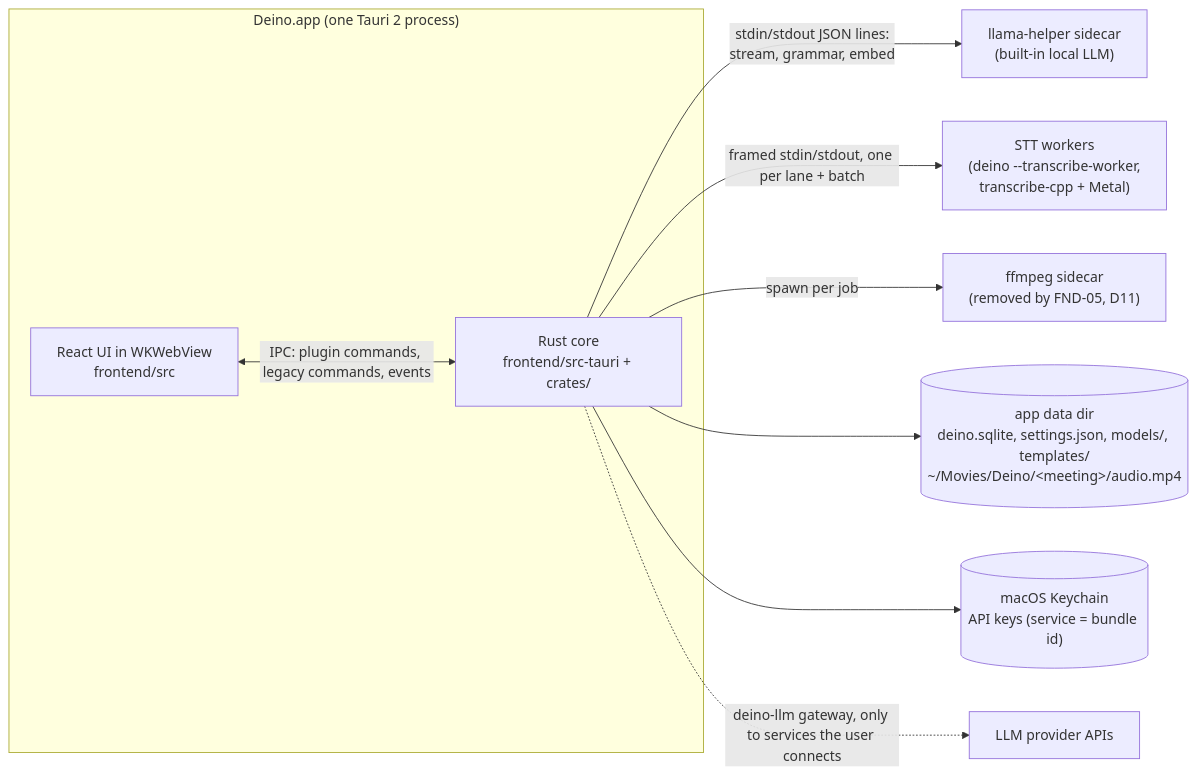
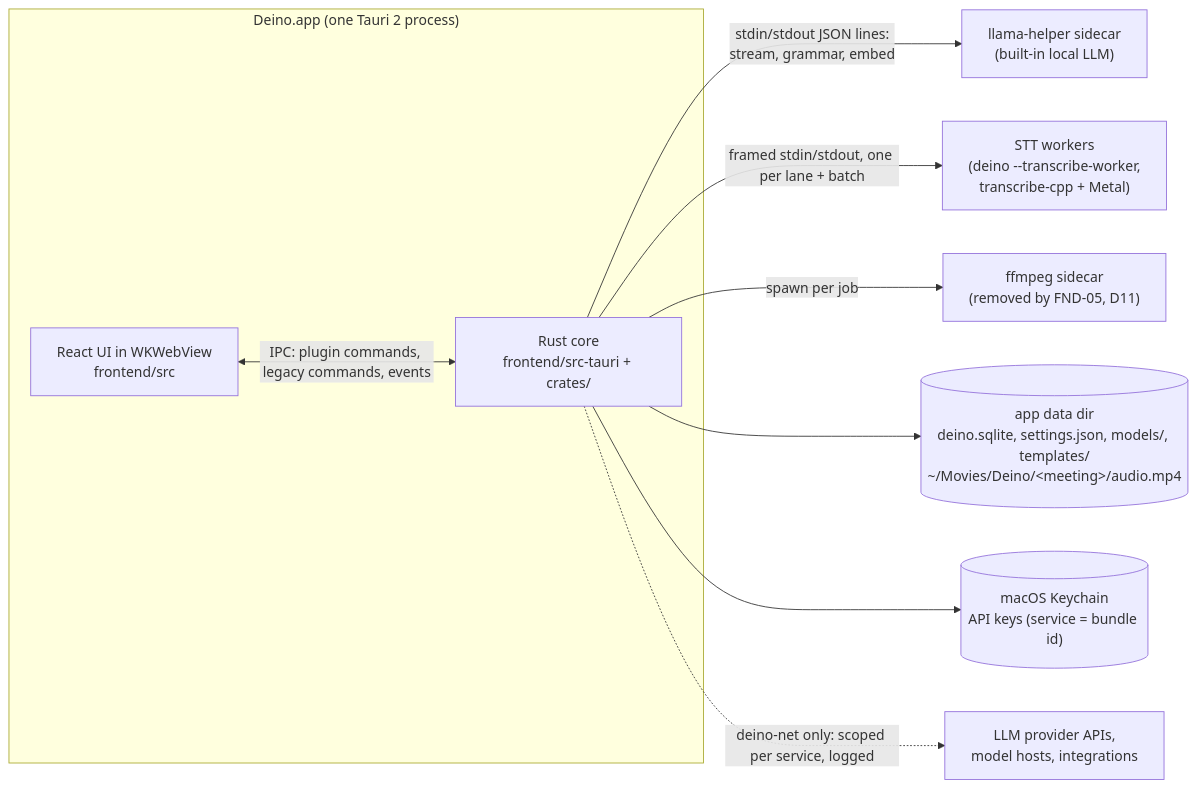
Before and after one commit to xenshreyas/Deino: the first of 8 diagrams in docs/ARCHITECTURE.md, drawn with Mermaid. The commit also changed other lines of this file and 4 other files, not shown here.

Commit message:
docs: FND-12 network egress in the architecture, ADR 0019, CLAUDE.md and plan

````diff
--- a/docs/ARCHITECTURE.md
+++ b/docs/ARCHITECTURE.md
@@ -20,14 +21,14 @@
 ```mermaid
 flowchart LR
   subgraph App["Deino.app (one Tauri 2 process)"]
     UI["React UI in WKWebView<br/>frontend/src"]
     Core["Rust core<br/>frontend/src-tauri + crates/"]
     UI <-- "IPC: plugin commands, legacy commands, events" --> Core
   end
   Core -- "stdin/stdout JSON lines:<br/>stream, grammar, embed" --> Llama["llama-helper sidecar<br/>(built-in local LLM)"]
   Core -- "framed stdin/stdout, one per lane + batch" --> Workers["STT workers<br/>(deino --transcribe-worker,<br/>transcribe-cpp + Metal)"]
   Core -- "spawn per job" --> FFmpeg["ffmpeg sidecar<br/>(removed by FND-05, D11)"]
   Core --> Files[("app data dir<br/>deino.sqlite, settings.json, models/, templates/<br/>~/Movies/Deino/&lt;meeting&gt;/audio.mp4")]
   Core --> Keychain[("macOS Keychain<br/>API keys (service = bundle id)")]
-  Core -. "deino-llm gateway, only to services the user connects" .-> LLM["LLM provider APIs"]
+  Core -. "deino-net only: scoped per service, logged" .-> LLM["LLM provider APIs,<br/>model hosts, integrations"]
 ```
````
